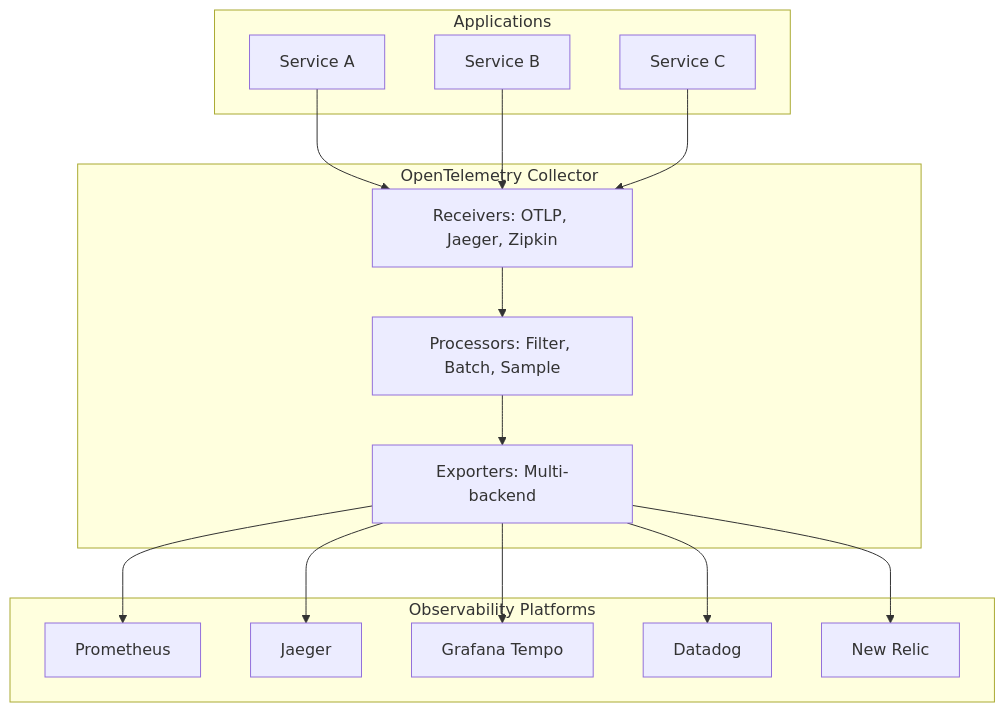
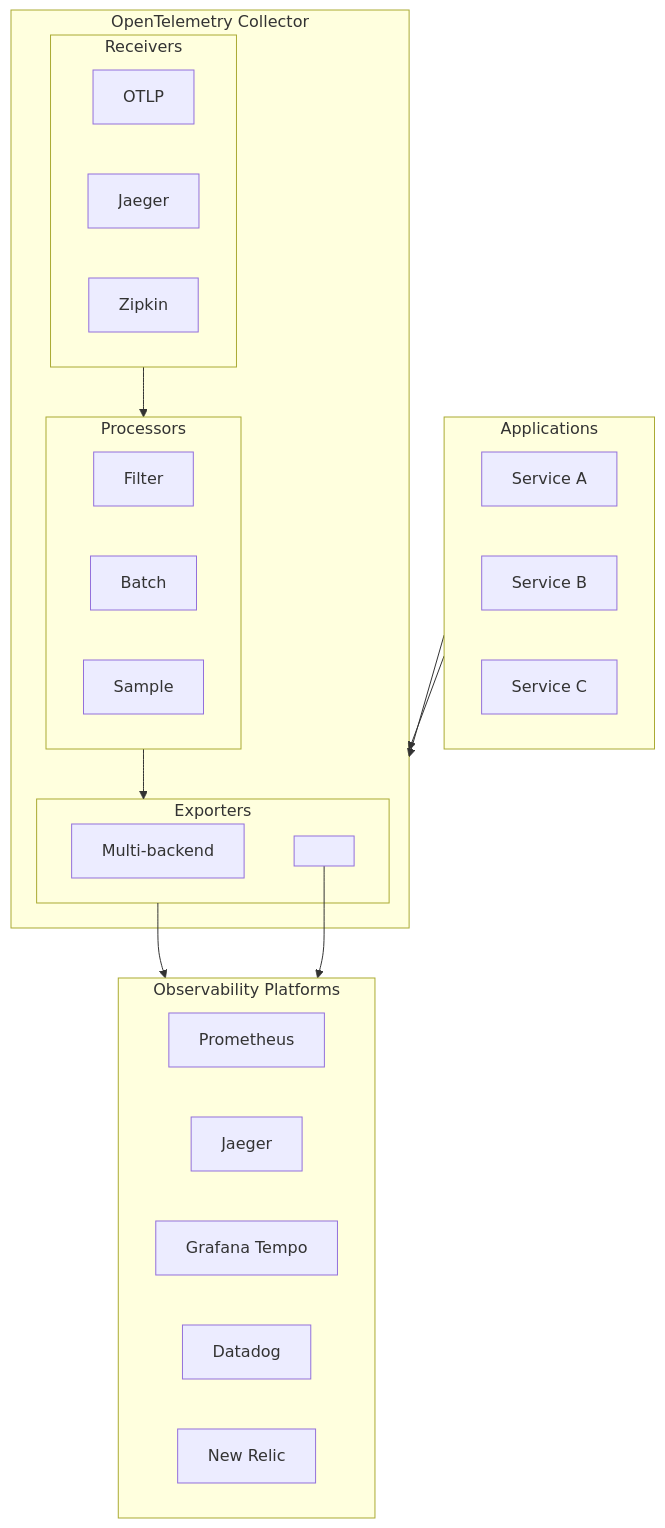
One commit to berTrindade/blog changed the fourth of 4 diagrams in content/blog/telemetry-backbone-modern-observability.md. Above: the diagram before and after it, drawn with Mermaid. The commit also changed 3 other files, not shown here.

First line of the commit message:
feat: integrate beautiful-mermaid for diagram rendering

````diff
--- a/content/blog/telemetry-backbone-modern-observability.md
+++ b/content/blog/telemetry-backbone-modern-observability.md
@@ -161,35 +161,41 @@
 ```mermaid
 graph TB
+    apps --> collector
+    receivers --> processors
+    processors --> exporters
+    exporters --> backends
+
     subgraph apps["Applications"]
         app1[Service A]
         app2[Service B]
         app3[Service C]
     end
 
     subgraph collector["OpenTelemetry Collector"]
-        receivers["Receivers: OTLP, Jaeger, Zipkin"]
-        processors["Processors: Filter, Batch, Sample"]
-        exporters["Exporters: Multi-backend"]
-
-        receivers --> processors
-        processors --> exporters
+        subgraph receivers["Receivers"]
+            otlp[OTLP]
+            jaeger[Jaeger]
+            zipkin[Zipkin]
+        end
+        subgraph processors["Processors"]
+            filter[Filter]
+            batch[Batch]
+            sample[Sample]
+        end
+        subgraph exporters["Exporters"]
+            multibackend[Multi-backend]
+            exp_out[" "]
+        end
     end
 
     subgraph backends["Observability Platforms"]
         backend1[Prometheus]
         backend2[Jaeger]
         backend3[Grafana Tempo]
         backend4[Datadog]
         backend5[New Relic]
     end
 
-    app1 --> receivers
-    app2 --> receivers
-    app3 --> receivers
-
-    exporters --> backend1
-    exporters --> backend2
-    exporters --> backend3
-    exporters --> backend4
-    exporters --> backend5
+    apps --> collector
+    exp_out --> backends
 ```
````
